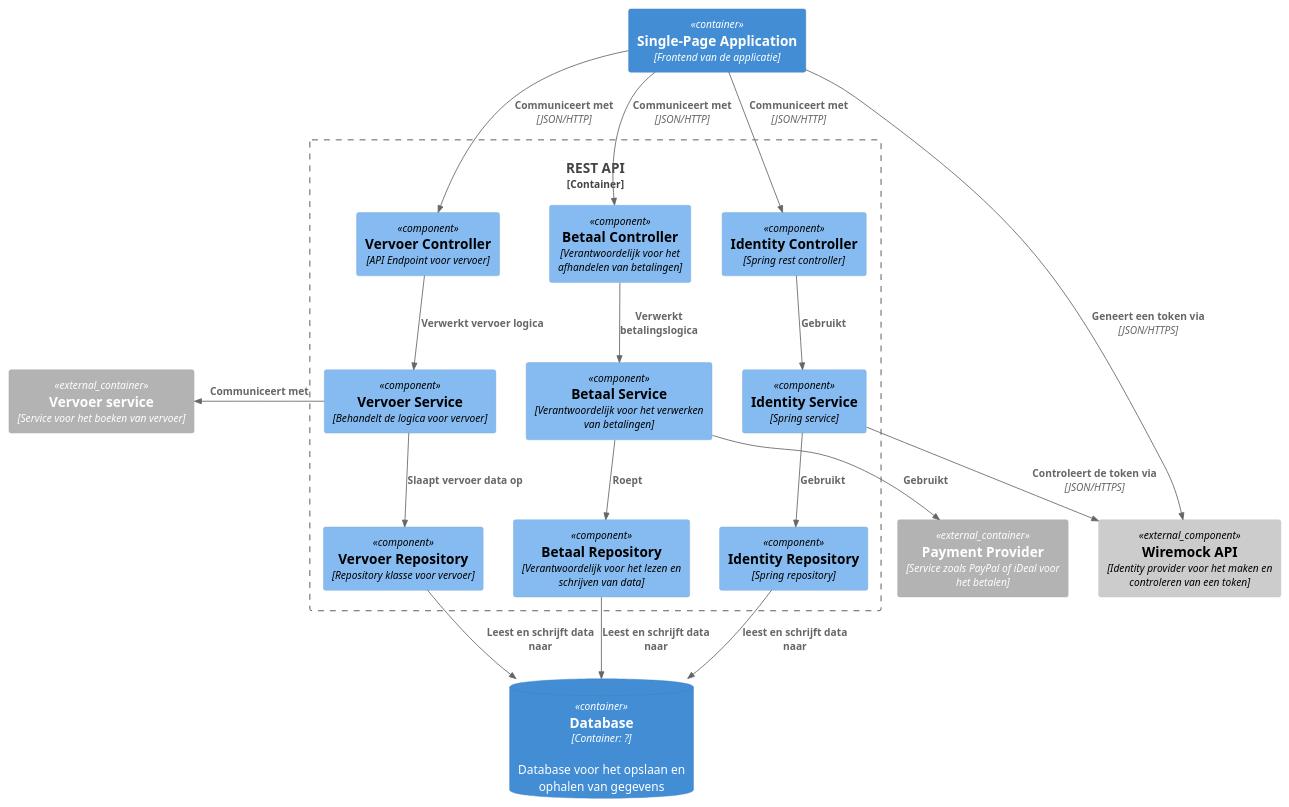
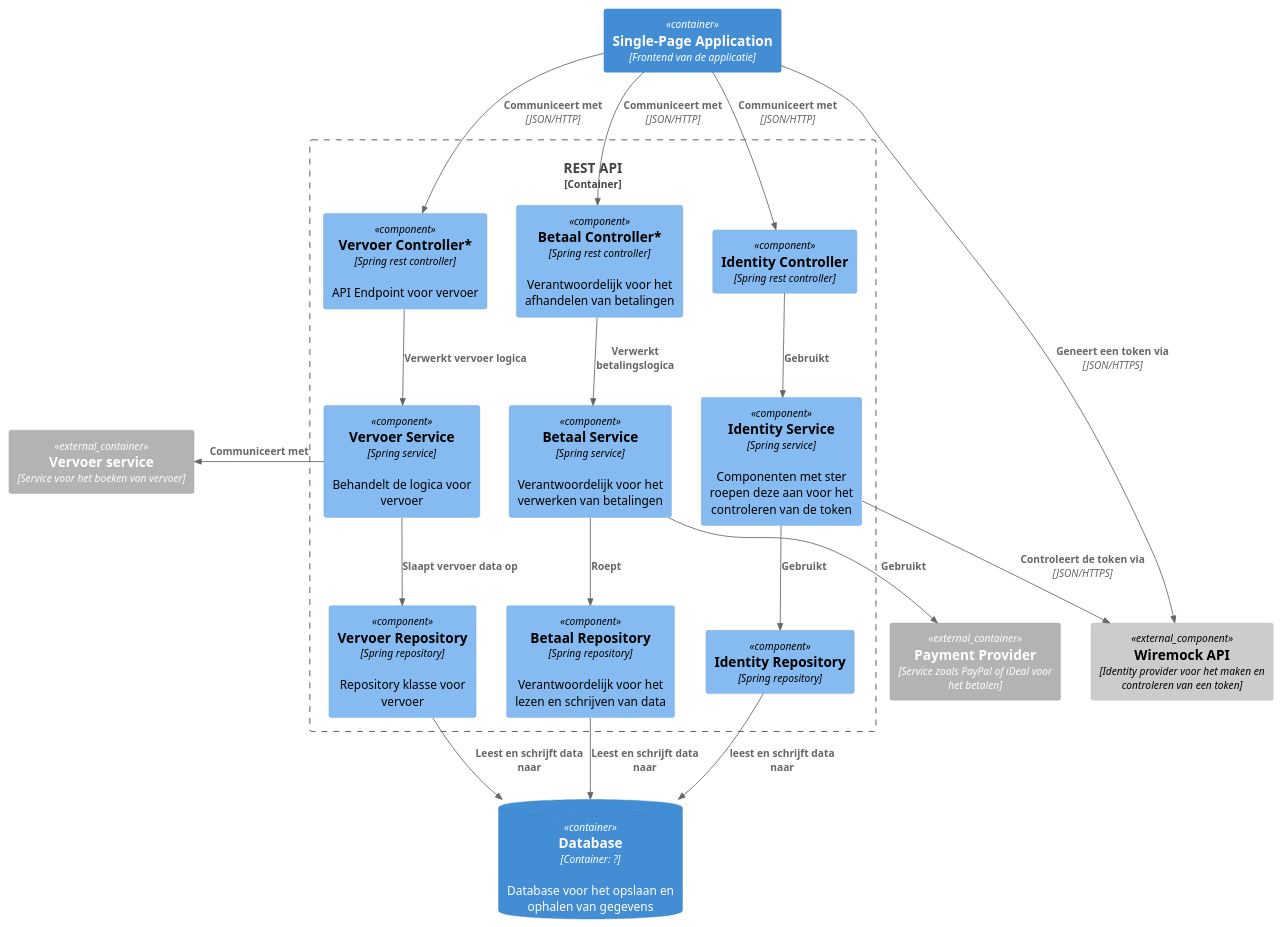
The diagram in groeps-uitwerkingen/week2/component-diagrammen/component-diagram.puml (AIM-ENE-feb25/triptop-de-broederbond-fgs), drawn with PlantUML before and after one commit.

```diff
--- a/groeps-uitwerkingen/week2/component-diagrammen/component-diagram.puml
+++ b/groeps-uitwerkingen/week2/component-diagrammen/component-diagram.puml
@@ -1,56 +1,56 @@
 @startuml
 
 !include https://raw.githubusercontent.com/plantuml-stdlib/C4-PlantUML/master/C4_Component.puml
 
 Container(singlePageApp, "Single-Page Application", "Frontend van de applicatie")
 
 Container_Boundary(backend, "REST API") {
     'Vervoer componenten
-    Component(transportationController, "Vervoer Controller", "API Endpoint voor vervoer")
-    Component(transportationService, "Vervoer Service", "Behandelt de logica voor vervoer")
-    Component(transportationRepository, "Vervoer Repository", "Repository klasse voor vervoer")
+    Component(transportationController, "Vervoer Controller*", "Spring rest controller", "API Endpoint voor vervoer")
+    Component(transportationService, "Vervoer Service", "Spring service", "Behandelt de logica voor vervoer")
+    Component(transportationRepository, "Vervoer Repository", "Spring repository", "Repository klasse voor vervoer")
 
     'Betaal componenten
-    Component(paymentController, "Betaal Controller", "Verantwoordelijk voor het afhandelen van betalingen")
-    Component(paymentService, "Betaal Service", "Verantwoordelijk voor het verwerken van betalingen")
-    Component(paymentRepository, "Betaal Repository", "Verantwoordelijk voor het lezen en schrijven van data")
+    Component(paymentController, "Betaal Controller*", "Spring rest controller", "Verantwoordelijk voor het afhandelen van betalingen")
+    Component(paymentService, "Betaal Service", "Spring service", "Verantwoordelijk voor het verwerken van betalingen")
+    Component(paymentRepository, "Betaal Repository", "Spring repository", "Verantwoordelijk voor het lezen en schrijven van data")
 
     'Identity componenten
     Component(identity_controller, "Identity Controller", "Spring rest controller")
-    Component(identity_service, "Identity Service", "Spring service")
+    Component(identity_service, "Identity Service", "Spring service", "Componenten met ster roepen deze aan voor het controleren van de token")
     Component(identity_dao, "Identity Repository", "Spring repository")
 }
 
 ContainerDb(database, "Database", "Container: ?", "Database voor het opslaan en ophalen van gegevens")
 
 Container_Ext(paymentProvider, "Payment Provider", "Service zoals PayPal of iDeal voor het betalen")
 Component_Ext(wireMockApi, "Wiremock API", "Identity provider voor het maken en controleren van een token")
 Container_Ext(transportationServiceExt, "Vervoer service", "Service voor het boeken van vervoer")
 
 'Frontend relaties
 Rel(singlePageApp, paymentController, "Communiceert met", "JSON/HTTP")
 
 Rel(singlePageApp, identity_controller, "Communiceert met", "JSON/HTTP")
 Rel(singlePageApp, wireMockApi, "Geneert een token via", "JSON/HTTPS")
 
 Rel(singlePageApp, transportationController, "Communiceert met", "JSON/HTTP")
 
 'Vervoer relaties
 Rel(transportationController, transportationService, "Verwerkt vervoer logica")
 Rel(transportationService, transportationRepository, "Slaapt vervoer data op")
 Rel_L(transportationService, transportationServiceExt, "Communiceert met")
 Rel(transportationRepository, database, "Leest en schrijft data naar")
 
 'Betaal relaties
 Rel(paymentController, paymentService, "Verwerkt betalingslogica")
 Rel(paymentService, paymentProvider, "Gebruikt")
 Rel(paymentService, paymentRepository, "Roept")
 Rel(paymentRepository, database, "Leest en schrijft data naar")
 
 'Identity relaties
 Rel(identity_controller, identity_service, "Gebruikt")
 Rel(identity_service, identity_dao, "Gebruikt")
 Rel(identity_service, wireMockApi, "Controleert de token via", "JSON/HTTPS")
 Rel(identity_dao, database, "leest en schrijft data naar")
 
 @enduml
```
